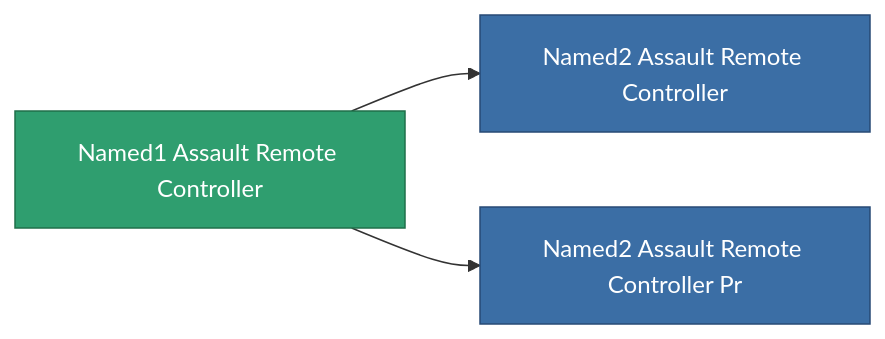
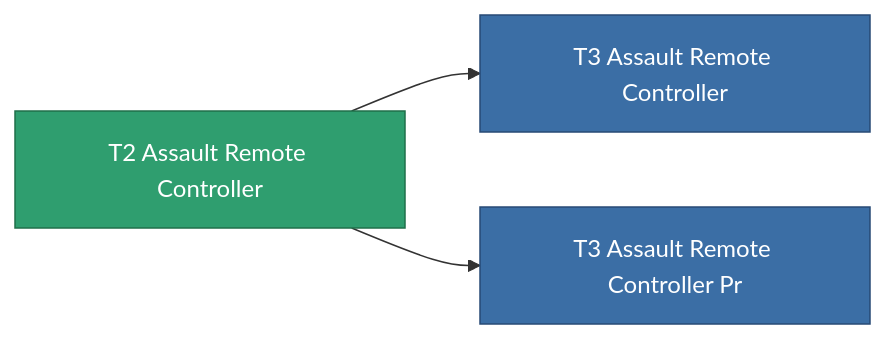
Before and after one commit to OpenPerpetuum/Wiki: the diagram in content/content/items/named1_assault_remote_controller.md, drawn with Mermaid. The commit also changed other lines of this file and 4904 other files, not shown here.

````diff
--- a/content/content/items/named1_assault_remote_controller.md
+++ b/content/content/items/named1_assault_remote_controller.md
@@ -76,13 +60,13 @@
 ```mermaid
 graph LR
-    a["Named1 Assault Remote Controller"]:::current
-    b["Named2 Assault Remote Controller"]:::prod
+    a["T2 Assault Remote Controller"]:::current
+    b["T3 Assault Remote Controller"]:::prod
     a --> b
-    click b "/content/items/named2-assault-remote-controller/" "Named2 Assault Remote Controller"
-    c["Named2 Assault Remote Controller Pr"]:::prod
+    click b "/content/items/named2-assault-remote-controller/" "T3 Assault Remote Controller"
+    c["T3 Assault Remote Controller Pr"]:::prod
     a --> c
-    click c "/content/items/named2-assault-remote-controller-pr/" "Named2 Assault Remote Controller Pr"
+    click c "/content/items/named2-assault-remote-controller-pr/" "T3 Assault Remote Controller Pr"
     classDef current fill:#2f9e6f,stroke:#1f6f4a,color:#ffffff
     classDef prod fill:#3b6ea5,stroke:#274a75,color:#ffffff
     classDef more fill:#39445a,stroke:#54658a,color:#d5dbe8
 ```
````
